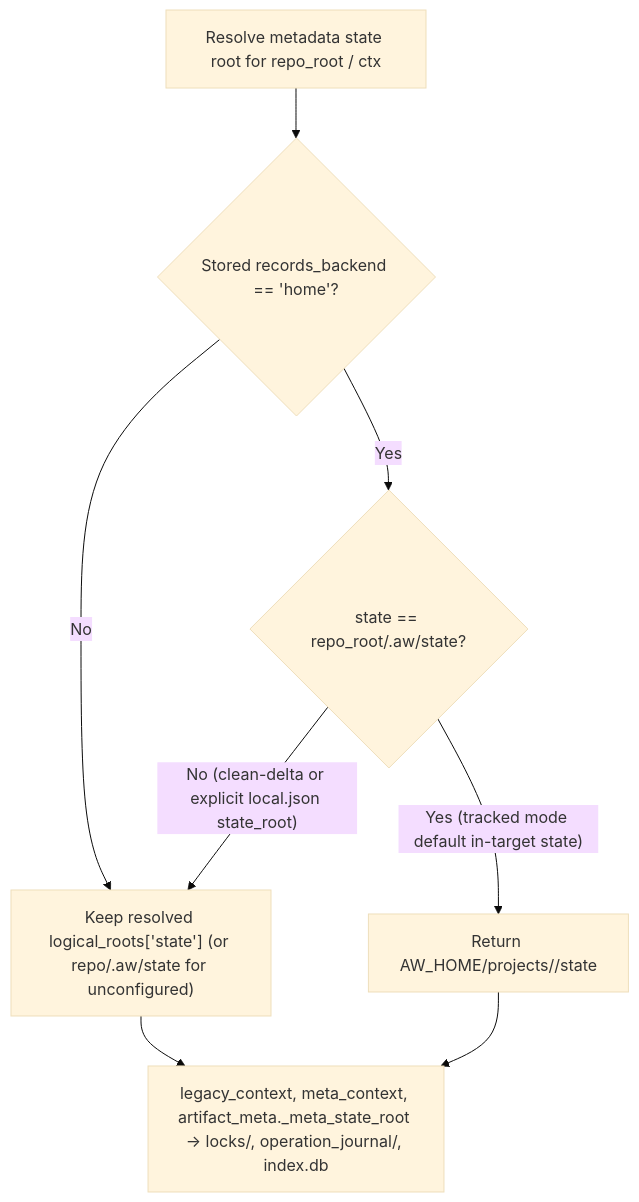
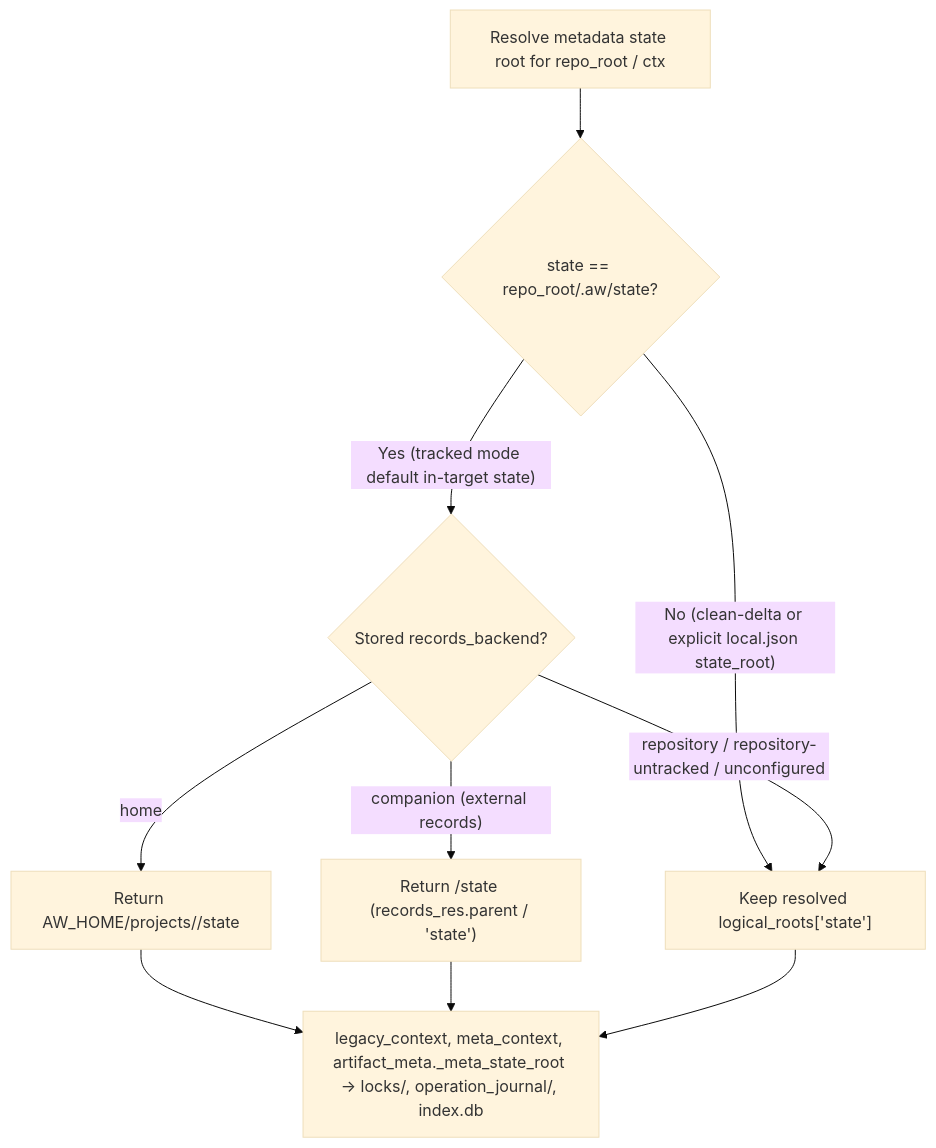
The diagram in .aw/records/plans/pending/20261119-vo0y6q-01-rntx9a-route-artifact-meta-state-and-lock-paths-to-aw-home-when-rec.ipd.md (fariello/agent-workflows), drawn with Mermaid (base theme) before and after one commit. The commit also changed other lines of this file and 1 other file, not shown here.

````diff
--- a/.aw/records/plans/pending/20261119-vo0y6q-01-rntx9a-route-artifact-meta-state-and-lock-paths-to-aw-home-when-rec.ipd.md
+++ b/.aw/records/plans/pending/20261119-vo0y6q-01-rntx9a-route-artifact-meta-state-and-lock-paths-to-aw-home-when-rec.ipd.md
@@ -87,10 +103,12 @@
 ```mermaid
 flowchart TD
-    Start["Resolve metadata state root for repo_root / ctx"] --> CheckBackend{"Stored records_backend == 'home'?"}
-    CheckBackend -->|No| Keep["Keep resolved logical_roots['state'] (or repo/.aw/state for unconfigured)"]
-    CheckBackend -->|Yes| CheckOverride{"state == repo_root/.aw/state?"}
-    CheckOverride -->|"No (clean-delta or explicit local.json state_root)"| Keep
-    CheckOverride -->|"Yes (tracked mode default in-target state)"| HomeState["Return AW_HOME/projects/<project_id>/state"]
+    Start["Resolve metadata state root for repo_root / ctx"] --> CheckOverride{"state == repo_root/.aw/state?"}
+    CheckOverride -->|"No (clean-delta or explicit local.json state_root)"| Keep["Keep resolved logical_roots['state']"]
+    CheckOverride -->|"Yes (tracked mode default in-target state)"| CheckBackend{"Stored records_backend?"}
+    CheckBackend -->|"home"| HomeState["Return AW_HOME/projects/<project_id>/state"]
+    CheckBackend -->|"companion (external records)"| CompState["Return <companion>/state (records_res.parent / 'state')"]
+    CheckBackend -->|"repository / repository-untracked / unconfigured"| Keep
     HomeState --> Consumers["legacy_context, meta_context, artifact_meta._meta_state_root -> locks/, operation_journal/, index.db"]
+    CompState --> Consumers
     Keep --> Consumers
 ```
````
